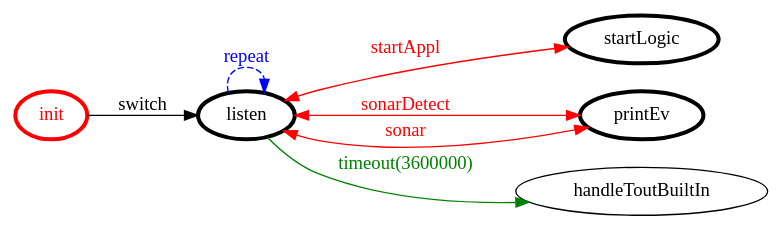
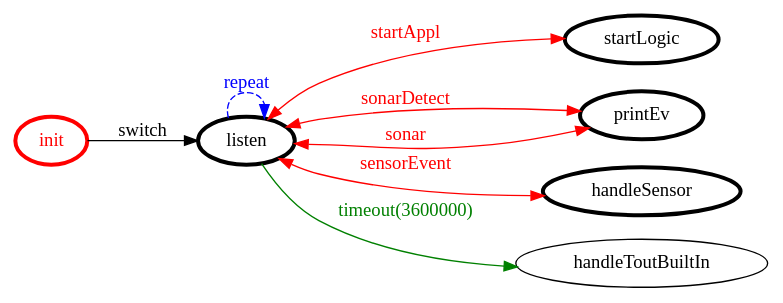
Before and after one commit to piscoTech/uniboIss2018: the diagram in it.unibo.finaltask/srcMore/it/unibo/webguiexecutor/webguiexecutor.gv, drawn with Graphviz. The commit also changed 67 other files, not shown here.

```diff
--- a/it.unibo.finaltask/srcMore/it/unibo/webguiexecutor/webguiexecutor.gv
+++ b/it.unibo.finaltask/srcMore/it/unibo/webguiexecutor/webguiexecutor.gv
@@ -1,23 +1,25 @@
 /*
 *
 * A GraphViz DOT FSM description 
 * Please use a GraphViz visualizer (like http://www.webgraphviz.com)
 *  
 */
 
 digraph finite_state_machine {
 	rankdir=LR
 	size="8,5"
 	
 	init [ color = red ][ fontcolor = red ][ penwidth = 3 ]
 	startLogic [ color = black ][ fontcolor = black ][ penwidth = 3 ]
 	printEv [ color = black ][ fontcolor = black ][ penwidth = 3 ]
+	handleSensor [ color = black ][ fontcolor = black ][ penwidth = 3 ]
 	listen [ color = black ][ fontcolor = black ][ penwidth = 3 ]
 	
 	listen -> listen [ label = "repeat "][ style = dashed ][ color = blue ][ fontcolor = blue ]
 	listen -> printEv [ label = "sonarDetect" ][ color = red ][ fontcolor = red ][ dir = both ]
 	init -> listen [ label = "switch" ][ color = black ][ fontcolor = black ]
 	listen -> printEv [ label = "sonar" ][ color = red ][ fontcolor = red ][ dir = both ]
 	listen -> startLogic [ label = "startAppl" ][ color = red ][ fontcolor = red ][ dir = both ]
+	listen -> handleSensor [ label = "sensorEvent" ][ color = red ][ fontcolor = red ][ dir = both ]
 	listen -> handleToutBuiltIn [ label = "timeout(3600000)" ][ color = green ][ fontcolor = green ]
 }
```
